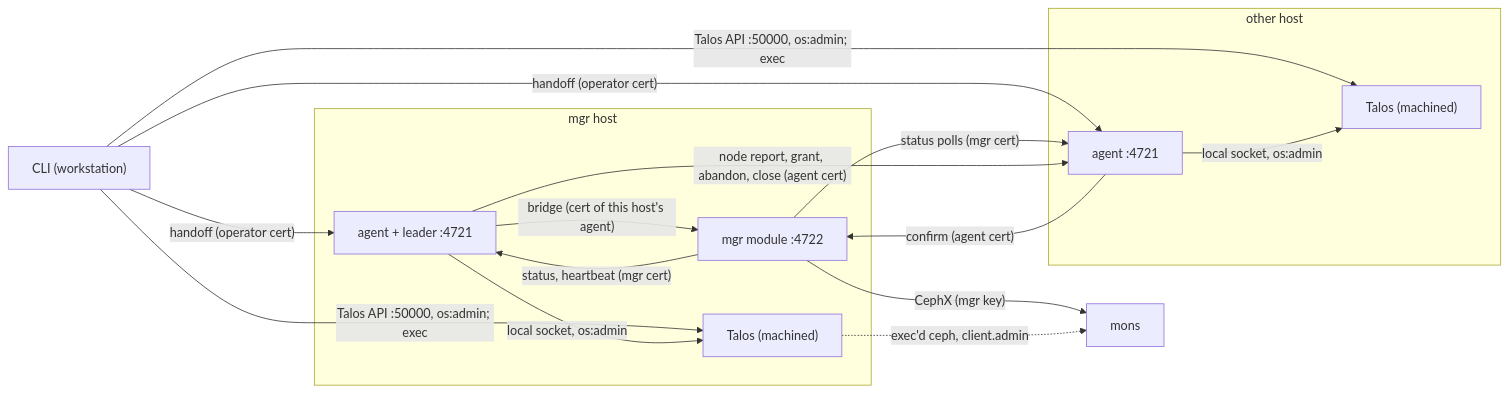
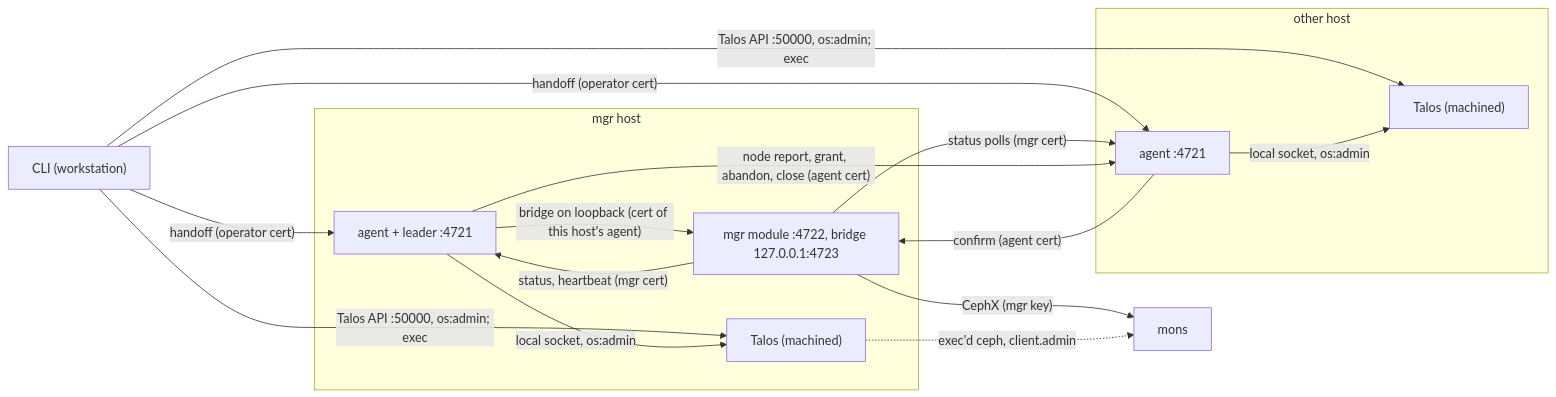
The first of 2 diagrams in docs/architecture.md (nberlee/cephadm-talos), drawn with Mermaid before and after one commit. The commit also changed other lines of this file and 11 other files, not shown here.

First line of the commit message:
plan 03 step 6b part 2: the bridge on loopback, changes only while active and below the own incarnation

````diff
--- a/docs/architecture.md
+++ b/docs/architecture.md
@@ -68,27 +68,27 @@
 ```mermaid
 flowchart LR
   CLI["CLI (workstation)"]
   subgraph nodeA["mgr host"]
-    MGR["mgr module :4722"]
+    MGR["mgr module :4722, bridge 127.0.0.1:4723"]
     LA["agent + leader :4721"]
     TA["Talos (machined)"]
   end
   subgraph nodeB["other host"]
     AB["agent :4721"]
     TB["Talos (machined)"]
   end
   MONS["mons"]
   CLI -- "Talos API :50000, os:admin; exec" --> TA
   CLI -- "Talos API :50000, os:admin; exec" --> TB
   CLI -- "handoff (operator cert)" --> LA
   CLI -- "handoff (operator cert)" --> AB
   MGR -- "status polls (mgr cert)" --> AB
   MGR -- "status, heartbeat (mgr cert)" --> LA
-  LA -- "bridge (cert of this host's agent)" --> MGR
+  LA -- "bridge on loopback (cert of this host's agent)" --> MGR
   AB -- "confirm (agent cert)" --> MGR
   LA -- "node report, grant, abandon, close (agent cert)" --> AB
   LA -- "local socket, os:admin" --> TA
   AB -- "local socket, os:admin" --> TB
   MGR -- "CephX (mgr key)" --> MONS
   TA -. "exec'd ceph, client.admin" .-> MONS
 ```
````
